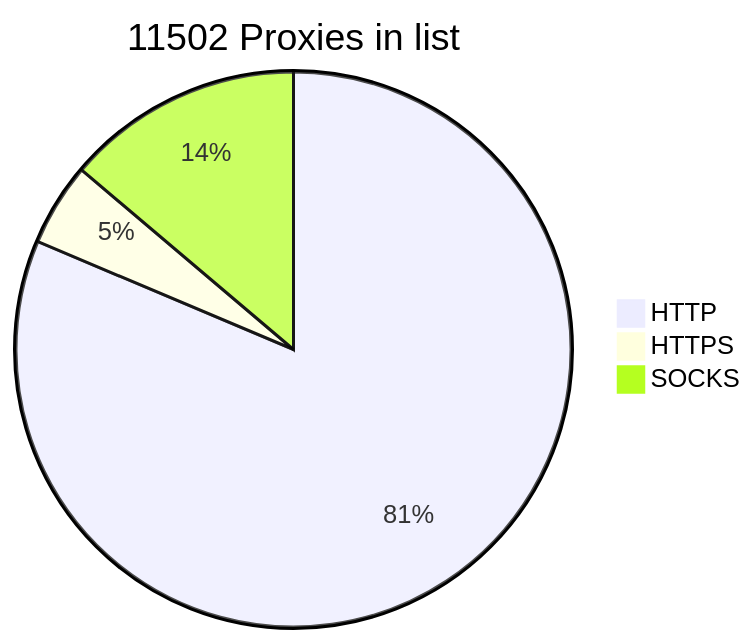
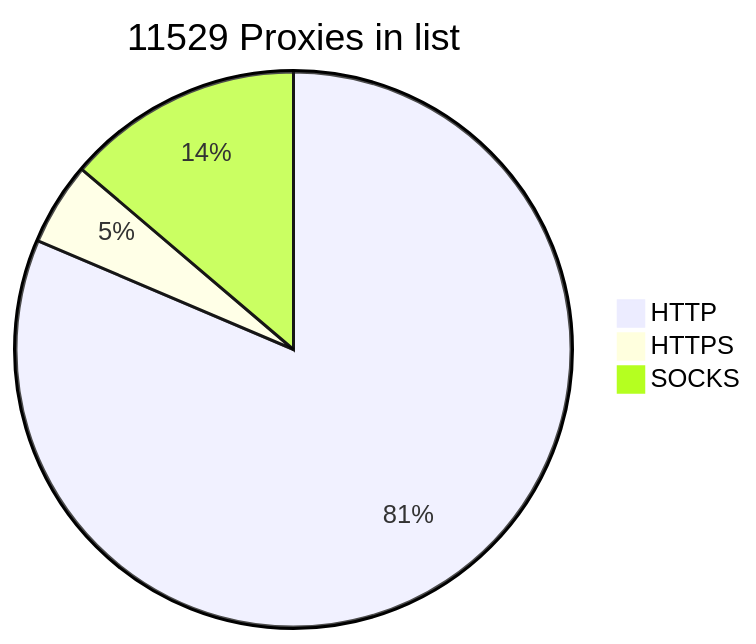
The diagram in README.md (BlackSnowDot/proxylist-update-every-minute), drawn with Mermaid before and after one commit.

````diff
--- a/README.md
+++ b/README.md
@@ -2,6 +2,6 @@
 ```mermaid
-pie title 11502 Proxies in list
-    "HTTP" : 9361
+pie title 11529 Proxies in list
+    "HTTP" : 9388
     "HTTPS": 556
     "SOCKS" : 1589
 ```
````
